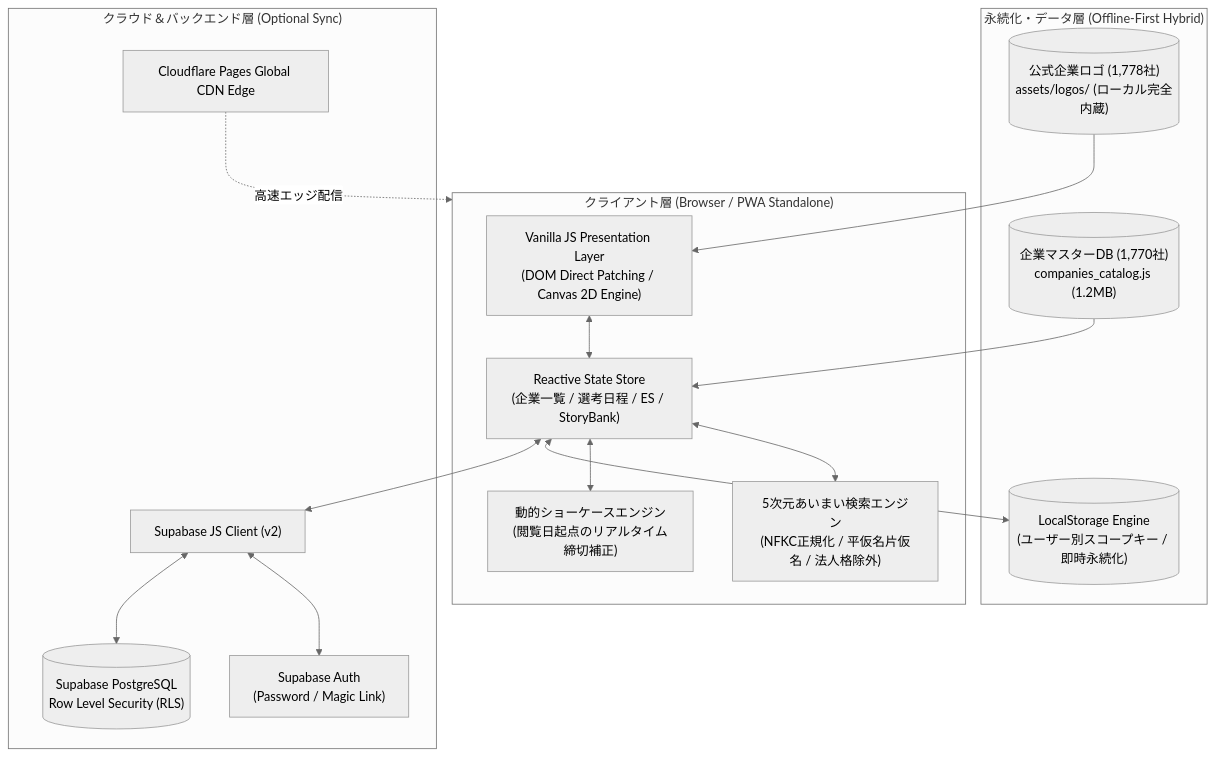
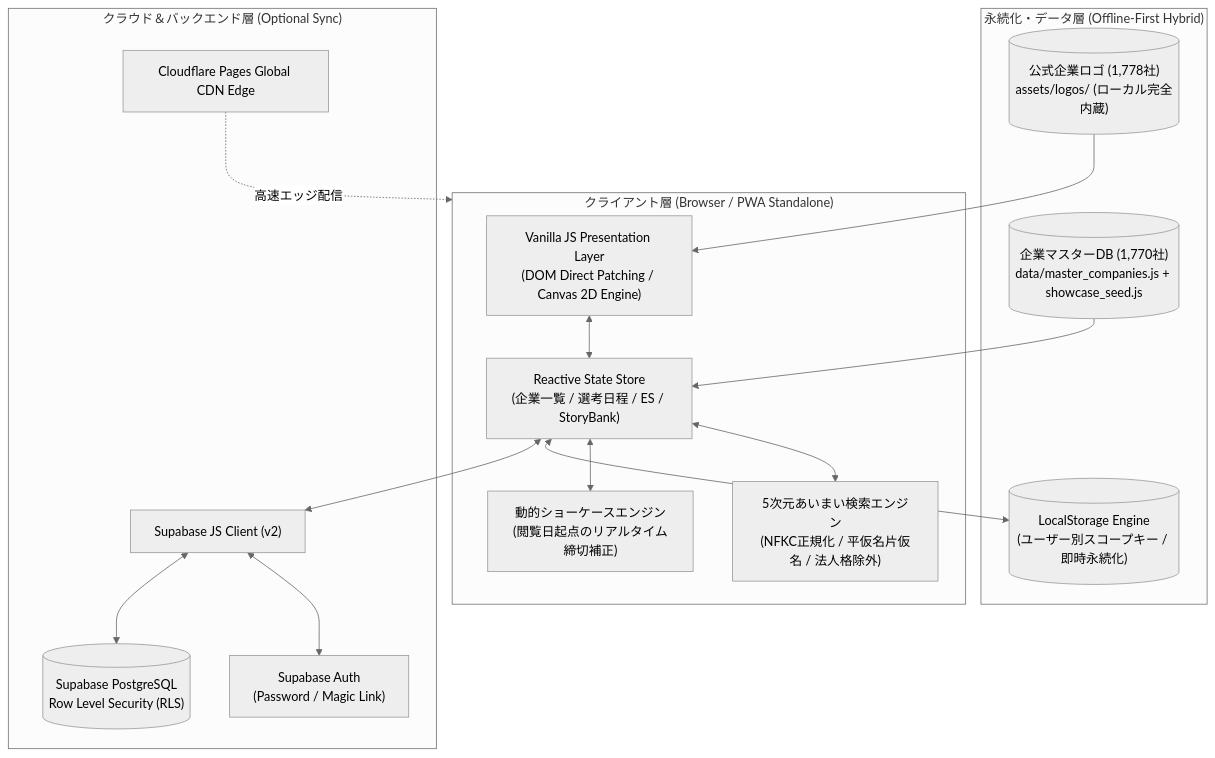
One commit to michaelho1117-cloud/syukatsu.win changed the diagram in README.md. Above: the diagram before and after it, drawn with Mermaid (neutral theme).

Commit message:
docs: update storage layer architecture in README to master_companies.js and showcase_seed.js

````diff
--- a/README.md
+++ b/README.md
@@ -47,34 +47,34 @@
 ```mermaid
 flowchart TD
     subgraph Client["クライアント層 (Browser / PWA Standalone)"]
         UI["Vanilla JS Presentation Layer<br/>(DOM Direct Patching / Canvas 2D Engine)"]
         State["Reactive State Store<br/>(企業一覧 / 選考日程 / ES / StoryBank)"]
         Search["5次元あいまい検索エンジン<br/>(NFKC正規化 / 平仮名片仮名 / 法人格除外)"]
         Demo["動的ショーケースエンジン<br/>(閲覧日起点のリアルタイム締切補正)"]
     end
 
     subgraph Storage["永続化・データ層 (Offline-First Hybrid)"]
         LS[("LocalStorage Engine<br/>(ユーザー別スコープキー / 即時永続化)")]
-        Catalog[("企業マスターDB (1,770社)<br/>companies_catalog.js (1.2MB)")]
+        Catalog[("企業マスターDB (1,770社)<br/>data/master_companies.js + showcase_seed.js")]
         Logos[("公式企業ロゴ (1,778社)<br/>assets/logos/ (ローカル完全内蔵)")]
     end
 
     subgraph Cloud["クラウド＆バックエンド層 (Optional Sync)"]
         SupaClient["Supabase JS Client (v2)"]
         SupaAuth["Supabase Auth<br/>(Password / Magic Link)"]
         PostgreSQL[("Supabase PostgreSQL<br/>Row Level Security (RLS)")]
         Edge["Cloudflare Pages Global CDN Edge"]
     end
 
     UI <--> State
     State <--> Search
     State <--> Demo
     State <--> LS
     Catalog --> State
     Logos --> UI
 
     State <--> SupaClient
     SupaClient <--> SupaAuth
     SupaClient <--> PostgreSQL
     Edge -.->|高速エッジ配信| Client
 ```
````
